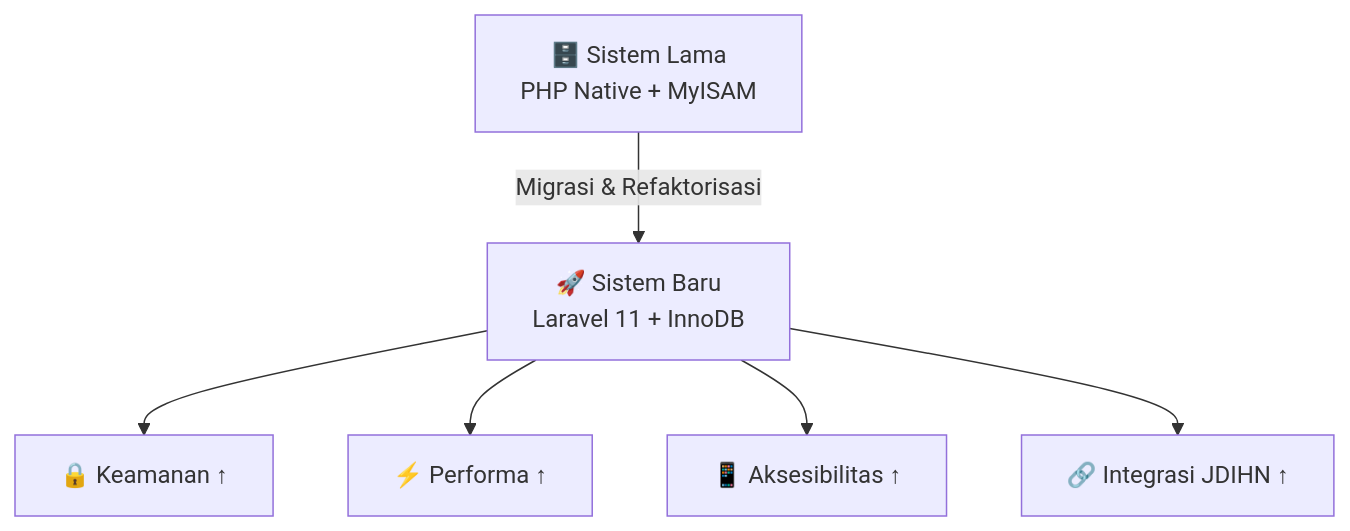
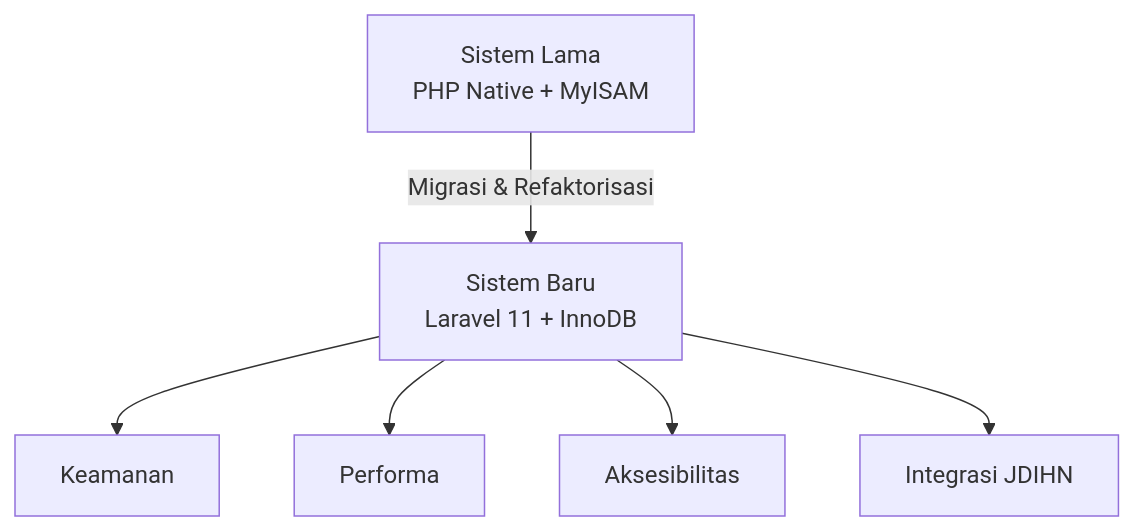
One commit to diskonnekted/jdih changed the first of 4 diagrams in docs/laporan_migrasi_jdih.md. Above: the diagram before and after it, drawn with Mermaid. The commit also changed other lines of this file and 2 other files, not shown here.

````diff
--- a/docs/laporan_migrasi_jdih.md
+++ b/docs/laporan_migrasi_jdih.md
@@ -28,8 +28,8 @@
 ```mermaid
 flowchart TD
-    A["🗄️ Sistem Lama\nPHP Native + MyISAM"] -->|Migrasi & Refaktorisasi| B["🚀 Sistem Baru\nLaravel 11 + InnoDB"]
-    B --> C["🔒 Keamanan ↑"]
-    B --> D["⚡ Performa ↑"]
-    B --> E["📱 Aksesibilitas ↑"]
-    B --> F["🔗 Integrasi JDIHN ↑"]
+    A["Sistem Lama\nPHP Native + MyISAM"] -->|Migrasi & Refaktorisasi| B["Sistem Baru\nLaravel 11 + InnoDB"]
+    B --> C["Keamanan"]
+    B --> D["Performa"]
+    B --> E["Aksesibilitas"]
+    B --> F["Integrasi JDIHN"]
 ```
````
